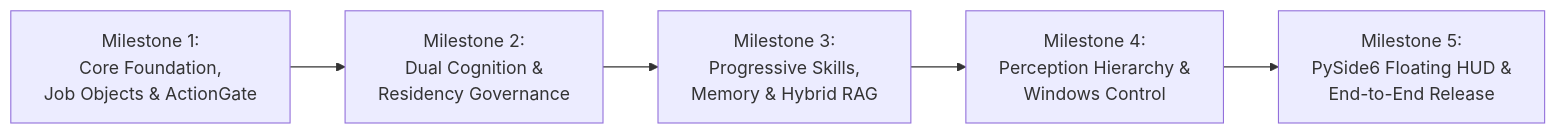
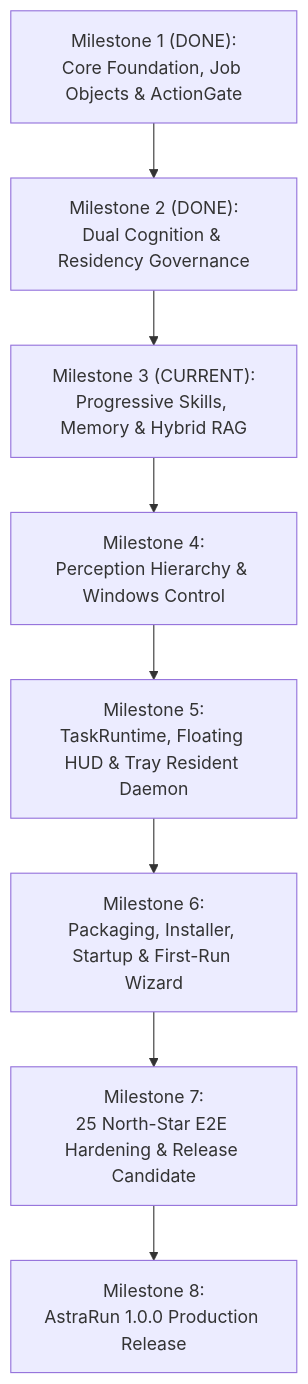
Before and after one commit to Voidwalker-AT/AstraRun: the diagram in docs/architecture-research/31_EXECUTION_ROADMAP.md, drawn with Mermaid. The commit also changed other lines of this file and 2 other files, not shown here.

Commit message:
docs(release): define resident app, installer, and GitHub release requirements

````diff
--- a/docs/architecture-research/31_EXECUTION_ROADMAP.md
+++ b/docs/architecture-research/31_EXECUTION_ROADMAP.md
@@ -13,7 +13,10 @@
 ```mermaid
-flowchart LR
-    M1["Milestone 1:\nCore Foundation,\nJob Objects & ActionGate"] --> M2["Milestone 2:\nDual Cognition &\nResidency Governance"]
-    M2 --> M3["Milestone 3:\nProgressive Skills,\nMemory & Hybrid RAG"]
-    M3 --> M4["Milestone 4:\nPerception Hierarchy &\nWindows Control"]
-    M4 --> M5["Milestone 5:\nPySide6 Floating HUD &\nEnd-to-End Release"]
+flowchart TD
+    M1["Milestone 1 (DONE):\nCore Foundation, Job Objects & ActionGate"] --> M2["Milestone 2 (DONE):\nDual Cognition & Residency Governance"]
+    M2 --> M3["Milestone 3 (CURRENT):\nProgressive Skills, Memory & Hybrid RAG"]
+    M3 --> M4["Milestone 4:\nPerception Hierarchy & Windows Control"]
+    M4 --> M5["Milestone 5:\nTaskRuntime, Floating HUD & Tray Resident Daemon"]
+    M5 --> M6["Milestone 6:\nPackaging, Installer, Startup & First-Run Wizard"]
+    M6 --> M7["Milestone 7:\n25 North-Star E2E Hardening & Release Candidate"]
+    M7 --> M8["Milestone 8:\nAstraRun 1.0.0 Production Release"]
 ```
````
